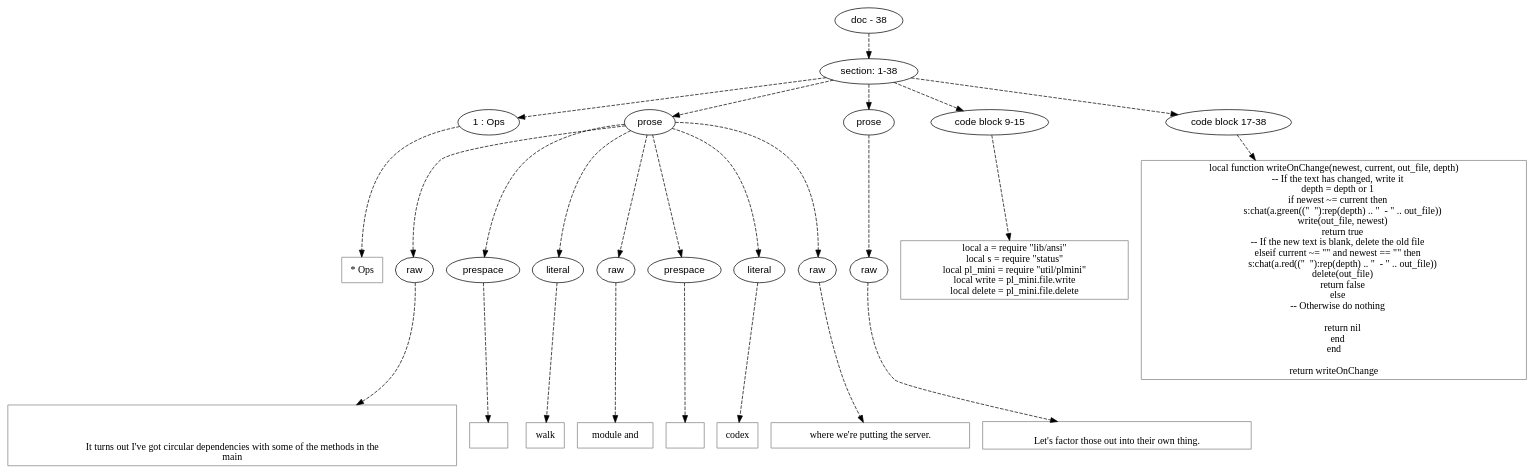
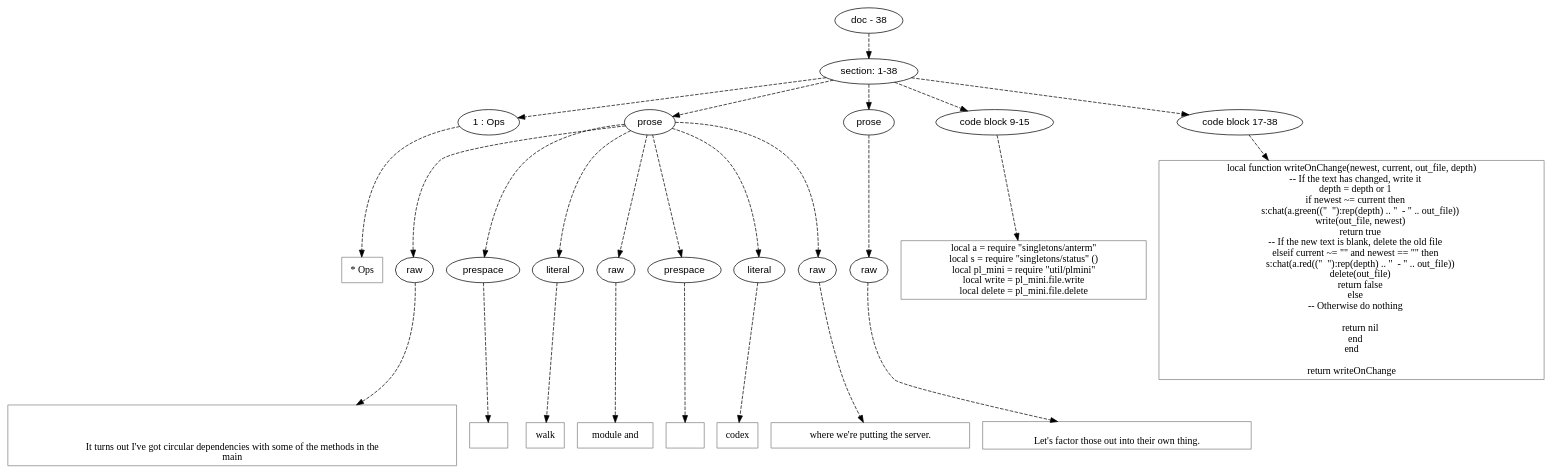
Before and after one commit to mnemnion/orb: the diagram in doc/dot/walk/ops.dot, drawn with Graphviz. The commit also changed 85 other files, not shown here.

```diff
--- a/doc/dot/walk/ops.dot
+++ b/doc/dot/walk/ops.dot
@@ -1,136 +1,136 @@
 digraph lpegNode {
 
 node [fontname=Helvetica]
 edge [style=dashed]
 
 doc_0 [label="doc - 38"]
 
 
 doc_0 -> { section_1}
 {rank=same; section_1}
 
 section_1 [label="section: 1-38"]
 
 
 // END RANK doc_0
 
 section_1 -> { header_2 prose_3 prose_4 codeblock_5 codeblock_6}
 {rank=same; header_2 prose_3 prose_4 codeblock_5 codeblock_6}
 
 header_2 [label="1 : Ops"]
 
 prose_3 [label="prose"]
 
 prose_4 [label="prose"]
 
 codeblock_5 [label="code block 9-15"]
 
 codeblock_6 [label="code block 17-38"]
 
 
 // END RANK section_1
 
 header_2 -> leaf_7
 leaf_7  [color=Gray,shape=rectangle,fontname=Inconsolata,label="* Ops"]
 // END RANK header_2
 
 prose_3 -> { raw_8 prespace_9 literal_10 raw_11 prespace_12 literal_13 raw_14}
 {rank=same; raw_8 prespace_9 literal_10 raw_11 prespace_12 literal_13 raw_14}
 
 raw_8 [label="raw"]
 
 prespace_9 [label="prespace"]
 
 literal_10 [label="literal"]
 
 raw_11 [label="raw"]
 
 prespace_12 [label="prespace"]
 
 literal_13 [label="literal"]
 
 raw_14 [label="raw"]
 
 
 // END RANK prose_3
 
 raw_8 -> leaf_15
 leaf_15  [color=Gray,shape=rectangle,fontname=Inconsolata,label="
 
 
 It turns out I've got circular dependencies with some of the methods in the
 main"]
 // END RANK raw_8
 
 prespace_9 -> leaf_16
 leaf_16  [color=Gray,shape=rectangle,fontname=Inconsolata,label=" "]
 // END RANK prespace_9
 
 literal_10 -> leaf_17
 leaf_17  [color=Gray,shape=rectangle,fontname=Inconsolata,label="walk"]
 // END RANK literal_10
 
 raw_11 -> leaf_18
 leaf_18  [color=Gray,shape=rectangle,fontname=Inconsolata,label=" module and"]
 // END RANK raw_11
 
 prespace_12 -> leaf_19
 leaf_19  [color=Gray,shape=rectangle,fontname=Inconsolata,label=" "]
 // END RANK prespace_12
 
 literal_13 -> leaf_20
 leaf_20  [color=Gray,shape=rectangle,fontname=Inconsolata,label="codex"]
 // END RANK literal_13
 
 raw_14 -> leaf_21
 leaf_21  [color=Gray,shape=rectangle,fontname=Inconsolata,label=" where we're putting the server.
 "]
 // END RANK raw_14
 
 prose_4 -> { raw_22}
 {rank=same; raw_22}
 
 raw_22 [label="raw"]
 
 
 // END RANK prose_4
 
 raw_22 -> leaf_23
 leaf_23  [color=Gray,shape=rectangle,fontname=Inconsolata,label="
 Let's factor those out into their own thing.
 "]
 // END RANK raw_22
 
 codeblock_5 -> leaf_24
-leaf_24  [color=Gray,shape=rectangle,fontname=Inconsolata,label="local a = require \"lib/ansi\"
-local s = require \"status\"
+leaf_24  [color=Gray,shape=rectangle,fontname=Inconsolata,label="local a = require \"singletons/anterm\"
+local s = require \"singletons/status\" ()
 local pl_mini = require \"util/plmini\"
 local write = pl_mini.file.write
 local delete = pl_mini.file.delete"]
 // END RANK codeblock_5
 
 codeblock_6 -> leaf_25
 leaf_25  [color=Gray,shape=rectangle,fontname=Inconsolata,label="local function writeOnChange(newest, current, out_file, depth)
     -- If the text has changed, write it
     depth = depth or 1
     if newest ~= current then
         s:chat(a.green((\"  \"):rep(depth) .. \"  - \" .. out_file))
         write(out_file, newest)
         return true
     -- If the new text is blank, delete the old file
     elseif current ~= \"\" and newest == \"\" then
         s:chat(a.red((\"  \"):rep(depth) .. \"  - \" .. out_file))
         delete(out_file)
         return false
     else
     -- Otherwise do nothing
 
         return nil
     end
 end
 
 return writeOnChange"]
 // END RANK codeblock_6
 
 
 }
```
